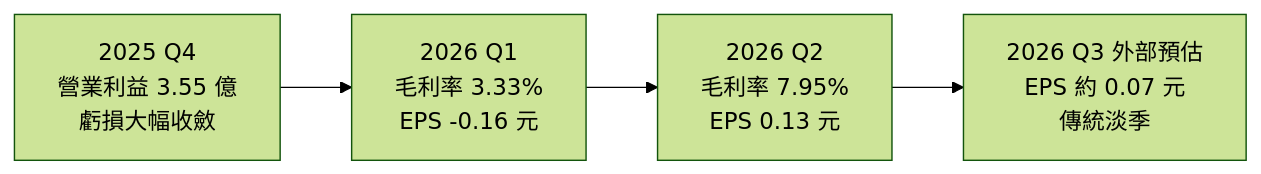
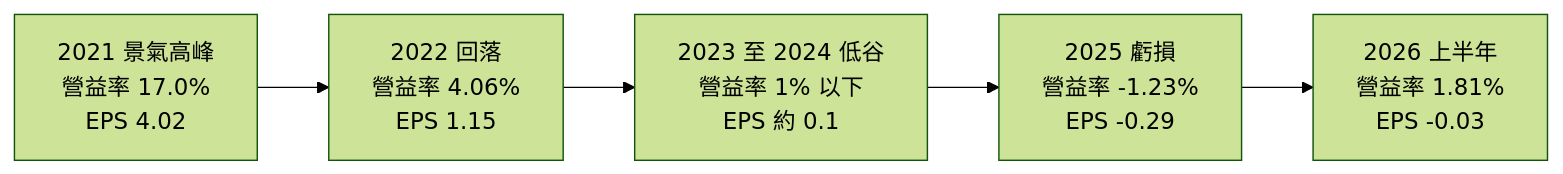
One commit to wangnick1004/taiwan-stock-vault changed the second of 3 diagrams in 個股/台股/2002中鋼.md. Above: the diagram before and after it, drawn with Mermaid (forest theme). The commit also changed other lines of this file and 16 other files, not shown here.

````diff
--- a/個股/台股/2002中鋼.md
+++ b/個股/台股/2002中鋼.md
@@ -128,4 +126,4 @@
 ```mermaid
 flowchart LR
-    Q4["2025 Q4<br/>營業利益 3.55 億<br/>虧損大幅收斂"] --> Q1["2026 Q1<br/>毛利率 3.33%<br/>EPS -0.16 元"] --> Q2["2026 Q2<br/>毛利率 7.95%<br/>EPS 0.13 元"] --> Q3["2026 Q3 外部預估<br/>EPS 約 0.07 元<br/>傳統淡季"]
+    Y1["2021 景氣高峰<br/>營益率 17.0%<br/>EPS 4.02"] --> Y2["2022 回落<br/>營益率 4.06%<br/>EPS 1.15"] --> Y3["2023 至 2024 低谷<br/>營益率 1% 以下<br/>EPS 約 0.1"] --> Y4["2025 虧損<br/>營益率 -1.23%<br/>EPS -0.29"] --> Y5["2026 上半年<br/>營益率 1.81%<br/>EPS -0.03"]
 ```
````
